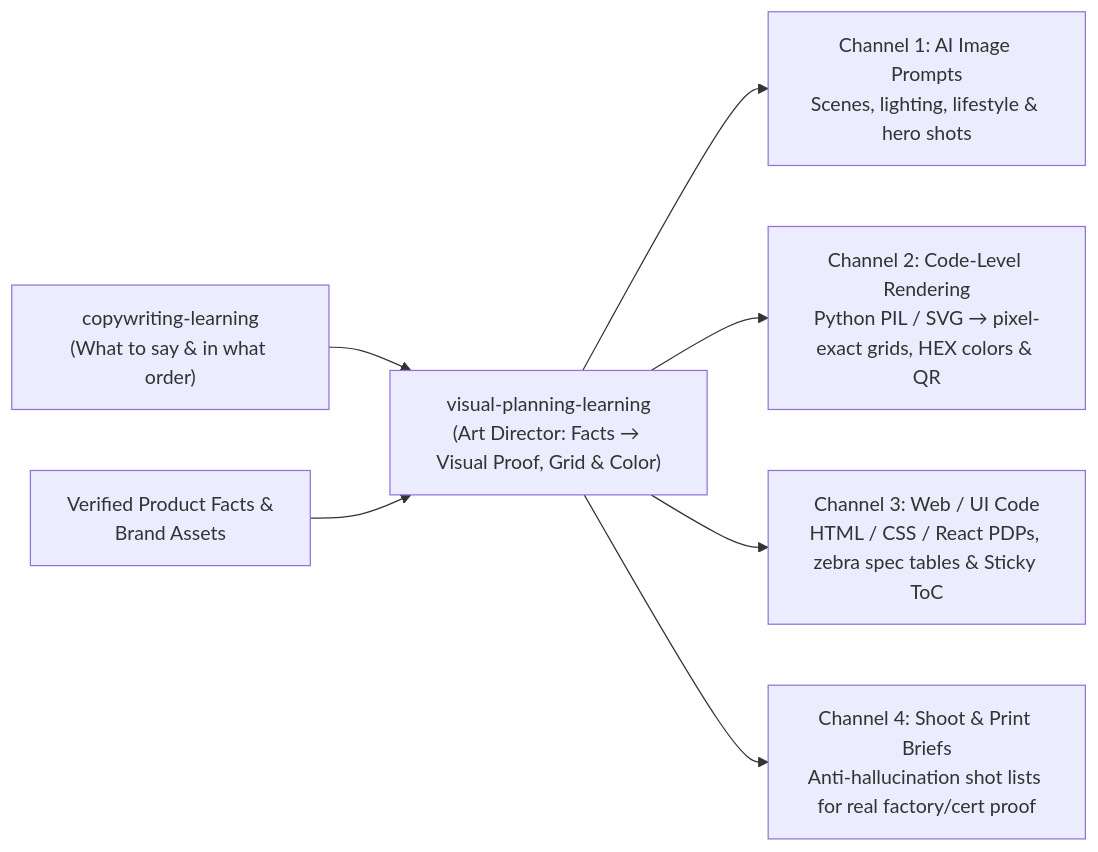
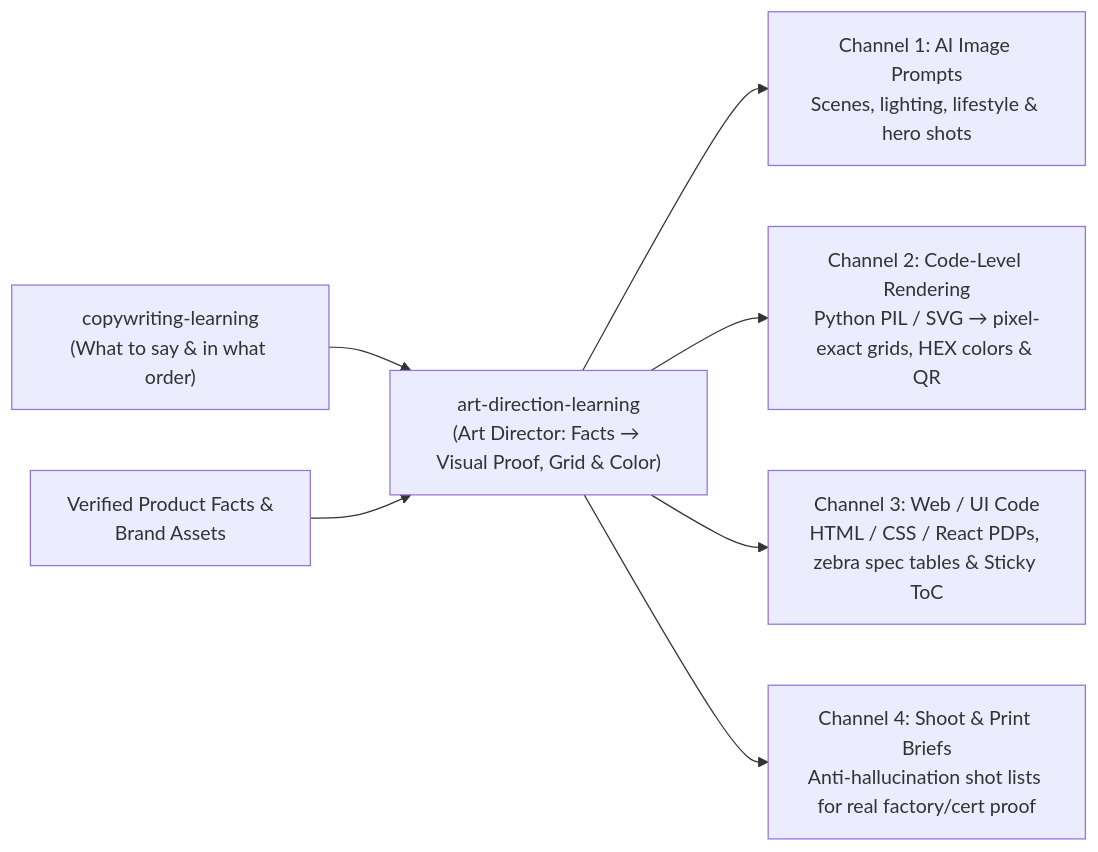
The diagram in README.md (XavierCrea/art-direction-learning), drawn with Mermaid before and after one commit. The commit also changed other lines of this file and 9 other files, not shown here.

Commit message:
chore: rename skill to art-direction-learning (v1.3.1)

````diff
--- a/README.md
+++ b/README.md
@@ -80,9 +80,9 @@
 ```mermaid
 flowchart LR
-  A["copywriting-learning<br/>(What to say & in what order)"] --> C["visual-planning-learning<br/>(Art Director: Facts → Visual Proof, Grid & Color)"]
+  A["copywriting-learning<br/>(What to say & in what order)"] --> C["art-direction-learning<br/>(Art Director: Facts → Visual Proof, Grid & Color)"]
   B["Verified Product Facts &<br/>Brand Assets"] --> C
   C --> D1["Channel 1: AI Image Prompts<br/>Scenes, lighting, lifestyle & hero shots"]
   C --> D2["Channel 2: Code-Level Rendering<br/>Python PIL / SVG → pixel-exact grids, HEX colors & QR"]
   C --> D3["Channel 3: Web / UI Code<br/>HTML / CSS / React PDPs, zebra spec tables & Sticky ToC"]
   C --> D4["Channel 4: Shoot & Print Briefs<br/>Anti-hallucination shot lists for real factory/cert proof"]
 ```
````
